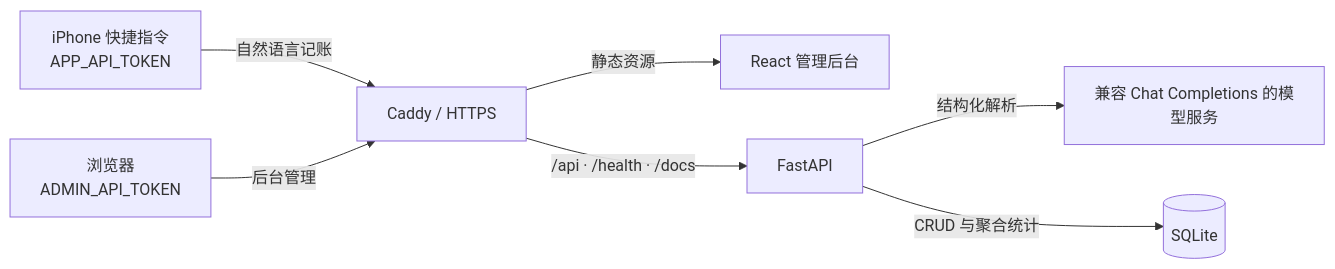
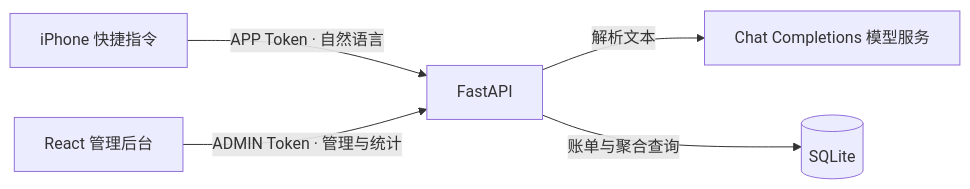
Before and after one commit to HHN224/bill-engine: the diagram in README.md, drawn with Mermaid. The commit also changed other lines of this file and 1 other file, not shown here.

````diff
--- a/README.md
+++ b/README.md
@@ -36,9 +105,7 @@
 ```mermaid
 flowchart LR
-    Shortcut["iPhone 快捷指令<br/>APP_API_TOKEN"] -->|"自然语言记账"| Caddy["Caddy / HTTPS"]
-    Browser["浏览器<br/>ADMIN_API_TOKEN"] -->|"后台管理"| Caddy
-    Caddy -->|"静态资源"| Web["React 管理后台"]
-    Caddy -->|"/api · /health · /docs"| API["FastAPI"]
-    API -->|"结构化解析"| LLM["兼容 Chat Completions 的模型服务"]
-    API -->|"CRUD 与聚合统计"| DB[("SQLite")]
+    Shortcut["iPhone 快捷指令"] -->|"APP Token · 自然语言"| API["FastAPI"]
+    Web["React 管理后台"] -->|"ADMIN Token · 管理与统计"| API
+    API -->|"解析文本"| Model["Chat Completions 模型服务"]
+    API -->|"账单与聚合查询"| DB[("SQLite")]
 ```
````
